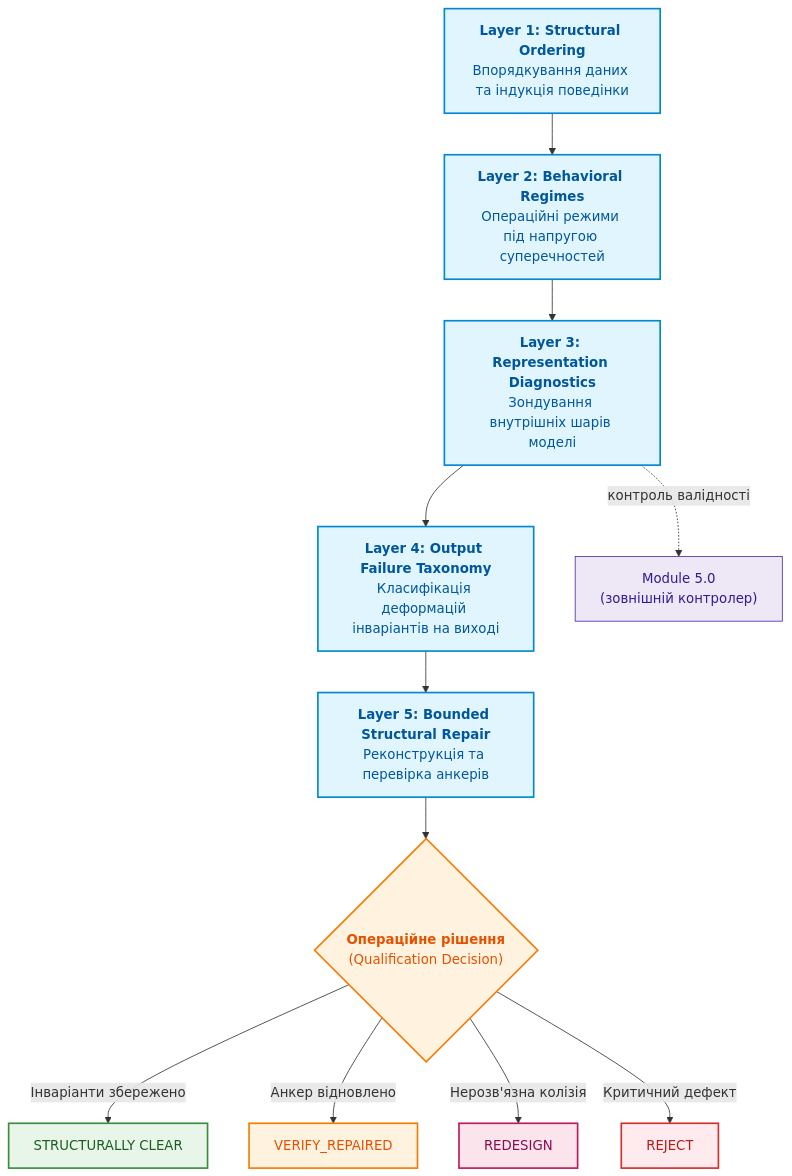
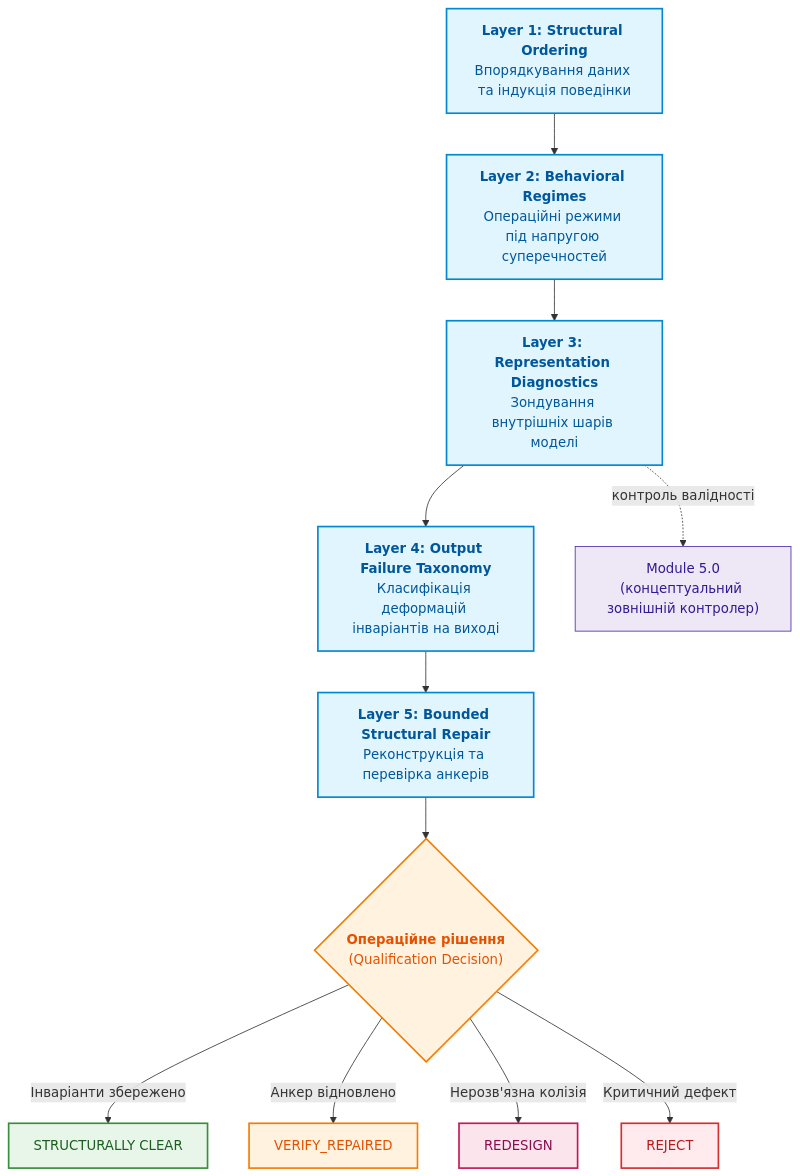
The ninth of 11 diagrams in ExpertSystem/ch12-linguistic-analysis-and-local-models.md (nick-fedchik/articles), drawn with Mermaid before and after one commit. The commit also changed other lines of this file and 193 other files, not shown here.

````diff
--- a/ExpertSystem/ch12-linguistic-analysis-and-local-models.md
+++ b/ExpertSystem/ch12-linguistic-analysis-and-local-models.md
@@ -818,33 +818,33 @@
 ```mermaid
 flowchart TD
     accTitle: П'ятирівневий діагностичний конвеєр SIF v1.0
     accDescr: Архітектура перевірки інваріантів від структурного впорядкування до граничного ремонту та операційного рішення.
 
     L1["<b>Layer 1: Structural Ordering</b><br/>Впорядкування даних та індукція поведінки"] --> L2["<b>Layer 2: Behavioral Regimes</b><br/>Операційні режими під напругою суперечностей"]
     L2 --> L3["<b>Layer 3: Representation Diagnostics</b><br/>Зондування внутрішніх шарів моделі"]
     L3 --> L4["<b>Layer 4: Output Failure Taxonomy</b><br/>Класифікація деформацій інваріантів на виході"]
     L4 --> L5["<b>Layer 5: Bounded Structural Repair</b><br/>Реконструкція та перевірка анкерів"]
     L5 --> DEC{"<b>Операційне рішення</b><br/>(Qualification Decision)"}
 
     DEC -->|"Інваріанти збережено"| SC["STRUCTURALLY CLEAR"]
     DEC -->|"Анкер відновлено"| VR["VERIFY_REPAIRED"]
     DEC -->|"Нерозв'язна колізія"| RD["REDESIGN"]
     DEC -->|"Критичний дефект"| RJ["REJECT"]
 
-    L3 -.->|"контроль валідності"| M5["Module 5.0<br/>(зовнішній контролер)"]
+   L3 -.->|"контроль валідності"| M5["Module 5.0<br/>(концептуальний зовнішній контролер)"]
 
     classDef lay fill:#e1f5fe,stroke:#0288d1,stroke-width:2px,color:#01579b;
     classDef gate fill:#fff3e0,stroke:#f57c00,stroke-width:2px,color:#e65100;
     classDef ok fill:#e8f5e9,stroke:#388e3c,stroke-width:2px,color:#1b5e20;
     classDef warn fill:#fce4ec,stroke:#c2185b,stroke-width:2px,color:#880e4f;
     classDef err fill:#ffebee,stroke:#d32f2f,stroke-width:2px,color:#b71c1c;
     classDef ext fill:#ede7f6,stroke:#512da8,stroke-width:1px,color:#311b92;
 
     class L1,L2,L3,L4,L5 lay;
     class DEC gate;
     class SC ok;
     class VR gate;
     class RD warn;
     class RJ err;
     class M5 ext;
 ```
````
